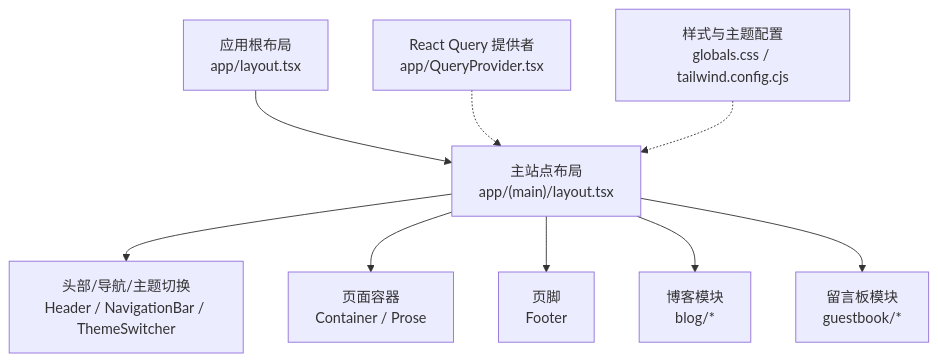
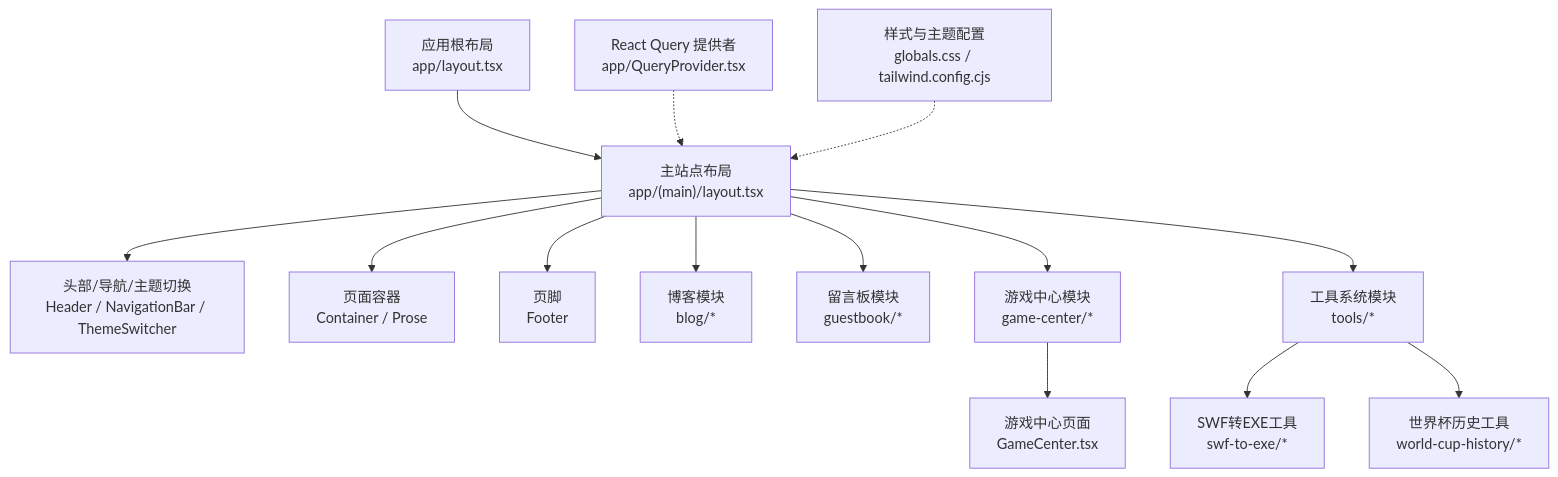
The first of 10 diagrams in .qoder/repowiki/zh/content/架构设计/前端架构.md (KTBOY/cali.so), drawn with Mermaid before and after one commit. The commit also changed other lines of this file and 11 other files, not shown here.

````diff
--- a/.qoder/repowiki/zh/content/架构设计/前端架构.md
+++ b/.qoder/repowiki/zh/content/架构设计/前端架构.md
@@ -89,11 +104,16 @@
 ```mermaid
 graph TB
 A["应用根布局<br/>app/layout.tsx"] --> B["主站点布局<br/>app/(main)/layout.tsx"]
 B --> C["头部/导航/主题切换<br/>Header / NavigationBar / ThemeSwitcher"]
 B --> D["页面容器<br/>Container / Prose"]
 B --> E["页脚<br/>Footer"]
 B --> F["博客模块<br/>blog/*"]
 B --> G["留言板模块<br/>guestbook/*"]
-H["React Query 提供者<br/>app/QueryProvider.tsx"] -.-> B
-I["样式与主题配置<br/>globals.css / tailwind.config.cjs"] -.-> B
+B --> H["游戏中心模块<br/>game-center/*"]
+B --> I["工具系统模块<br/>tools/*"]
+H --> J["游戏中心页面<br/>GameCenter.tsx"]
+I --> K["SWF转EXE工具<br/>swf-to-exe/*"]
+I --> L["世界杯历史工具<br/>world-cup-history/*"]
+M["React Query 提供者<br/>app/QueryProvider.tsx"] -.-> B
+N["样式与主题配置<br/>globals.css / tailwind.config.cjs"] -.-> B
 ```
````
